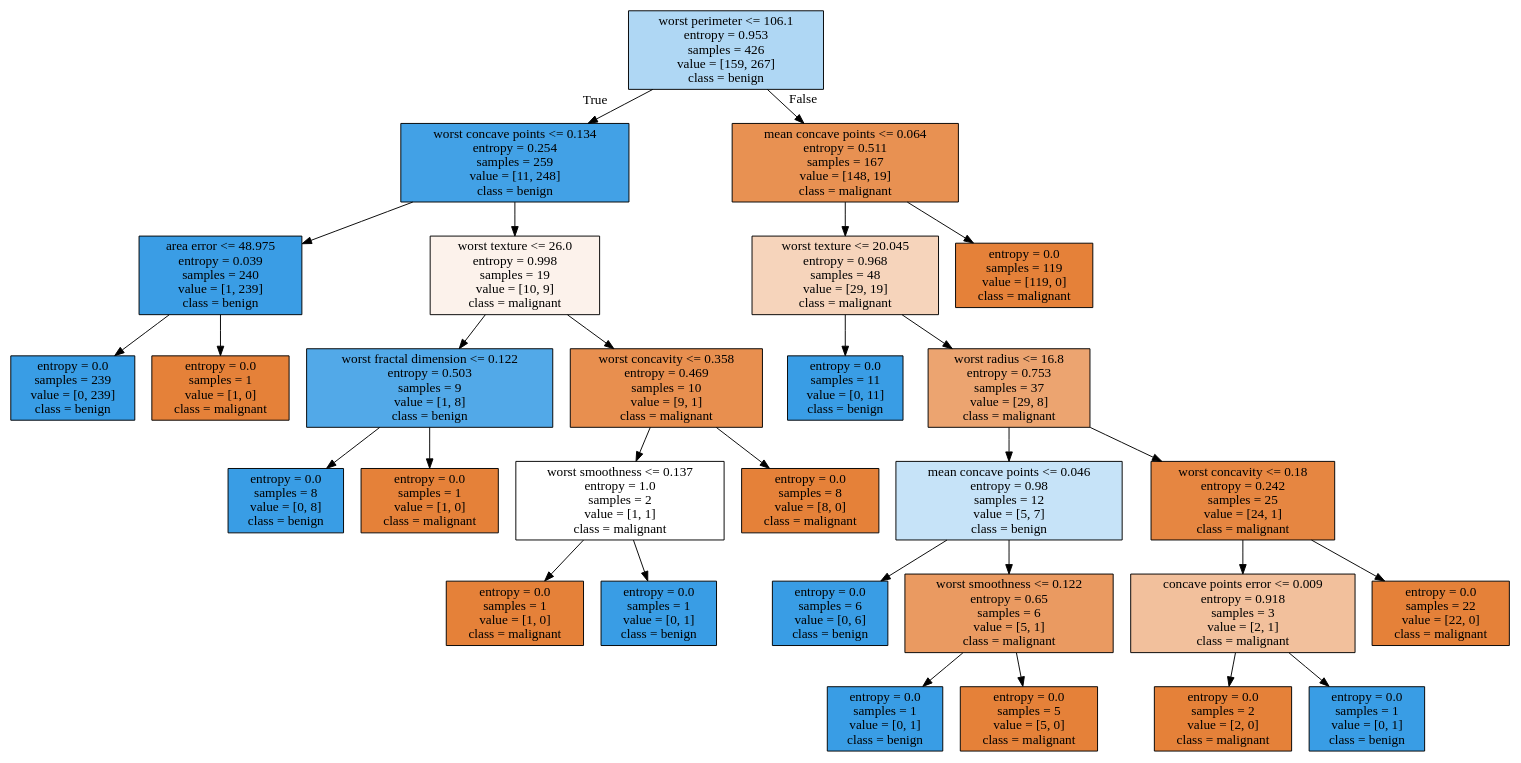
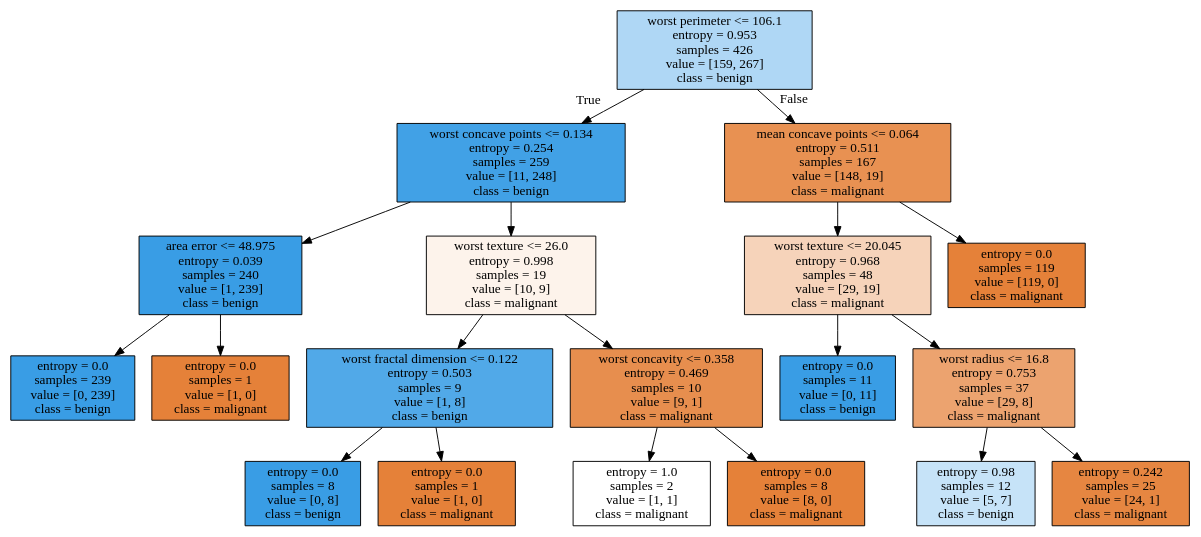
One commit to JiaxianGu/waseda-AI-lecture changed the diagram in lecture5/dtree.dot. Above: the diagram before and after it, drawn with Graphviz. The commit also changed 2 other files, not shown here.

```diff
--- a/lecture5/dtree.dot
+++ b/lecture5/dtree.dot
@@ -1,60 +1,40 @@
 digraph Tree {
 node [shape=box, style="filled", color="black"] ;
-0 [label="worst perimeter <= 106.1\nentropy = 0.953\nsamples = 426\nvalue = [159, 267]\nclass = benign", fillcolor="#afd7f4"] ;
-1 [label="worst concave points <= 0.134\nentropy = 0.254\nsamples = 259\nvalue = [11, 248]\nclass = benign", fillcolor="#42a1e6"] ;
+0 [label="worst perimeter <= 106.1\nentropy = 0.953\nsamples = 426\nvalue = [159, 267]\nclass = benign", fillcolor="#399de567"] ;
+1 [label="worst concave points <= 0.134\nentropy = 0.254\nsamples = 259\nvalue = [11, 248]\nclass = benign", fillcolor="#399de5f4"] ;
 0 -> 1 [labeldistance=2.5, labelangle=45, headlabel="True"] ;
-2 [label="area error <= 48.975\nentropy = 0.039\nsamples = 240\nvalue = [1, 239]\nclass = benign", fillcolor="#3a9de5"] ;
+2 [label="area error <= 48.975\nentropy = 0.039\nsamples = 240\nvalue = [1, 239]\nclass = benign", fillcolor="#399de5fe"] ;
 1 -> 2 ;
-3 [label="entropy = 0.0\nsamples = 239\nvalue = [0, 239]\nclass = benign", fillcolor="#399de5"] ;
+3 [label="entropy = 0.0\nsamples = 239\nvalue = [0, 239]\nclass = benign", fillcolor="#399de5ff"] ;
 2 -> 3 ;
-4 [label="entropy = 0.0\nsamples = 1\nvalue = [1, 0]\nclass = malignant", fillcolor="#e58139"] ;
+4 [label="entropy = 0.0\nsamples = 1\nvalue = [1, 0]\nclass = malignant", fillcolor="#e58139ff"] ;
 2 -> 4 ;
-5 [label="worst texture <= 26.0\nentropy = 0.998\nsamples = 19\nvalue = [10, 9]\nclass = malignant", fillcolor="#fcf2eb"] ;
+5 [label="worst texture <= 26.0\nentropy = 0.998\nsamples = 19\nvalue = [10, 9]\nclass = malignant", fillcolor="#e5813919"] ;
 1 -> 5 ;
-6 [label="worst fractal dimension <= 0.122\nentropy = 0.503\nsamples = 9\nvalue = [1, 8]\nclass = benign", fillcolor="#52a9e8"] ;
+6 [label="worst fractal dimension <= 0.122\nentropy = 0.503\nsamples = 9\nvalue = [1, 8]\nclass = benign", fillcolor="#399de5df"] ;
 5 -> 6 ;
-7 [label="entropy = 0.0\nsamples = 8\nvalue = [0, 8]\nclass = benign", fillcolor="#399de5"] ;
+7 [label="entropy = 0.0\nsamples = 8\nvalue = [0, 8]\nclass = benign", fillcolor="#399de5ff"] ;
 6 -> 7 ;
-8 [label="entropy = 0.0\nsamples = 1\nvalue = [1, 0]\nclass = malignant", fillcolor="#e58139"] ;
+8 [label="entropy = 0.0\nsamples = 1\nvalue = [1, 0]\nclass = malignant", fillcolor="#e58139ff"] ;
 6 -> 8 ;
-9 [label="worst concavity <= 0.358\nentropy = 0.469\nsamples = 10\nvalue = [9, 1]\nclass = malignant", fillcolor="#e88f4f"] ;
+9 [label="worst concavity <= 0.358\nentropy = 0.469\nsamples = 10\nvalue = [9, 1]\nclass = malignant", fillcolor="#e58139e3"] ;
 5 -> 9 ;
-10 [label="worst smoothness <= 0.137\nentropy = 1.0\nsamples = 2\nvalue = [1, 1]\nclass = malignant", fillcolor="#ffffff"] ;
+10 [label="entropy = 1.0\nsamples = 2\nvalue = [1, 1]\nclass = malignant", fillcolor="#e5813900"] ;
 9 -> 10 ;
-11 [label="entropy = 0.0\nsamples = 1\nvalue = [1, 0]\nclass = malignant", fillcolor="#e58139"] ;
-10 -> 11 ;
-12 [label="entropy = 0.0\nsamples = 1\nvalue = [0, 1]\nclass = benign", fillcolor="#399de5"] ;
-10 -> 12 ;
-13 [label="entropy = 0.0\nsamples = 8\nvalue = [8, 0]\nclass = malignant", fillcolor="#e58139"] ;
-9 -> 13 ;
-14 [label="mean concave points <= 0.064\nentropy = 0.511\nsamples = 167\nvalue = [148, 19]\nclass = malignant", fillcolor="#e89152"] ;
-0 -> 14 [labeldistance=2.5, labelangle=-45, headlabel="False"] ;
-15 [label="worst texture <= 20.045\nentropy = 0.968\nsamples = 48\nvalue = [29, 19]\nclass = malignant", fillcolor="#f6d4bb"] ;
-14 -> 15 ;
-16 [label="entropy = 0.0\nsamples = 11\nvalue = [0, 11]\nclass = benign", fillcolor="#399de5"] ;
+11 [label="entropy = 0.0\nsamples = 8\nvalue = [8, 0]\nclass = malignant", fillcolor="#e58139ff"] ;
+9 -> 11 ;
+12 [label="mean concave points <= 0.064\nentropy = 0.511\nsamples = 167\nvalue = [148, 19]\nclass = malignant", fillcolor="#e58139de"] ;
+0 -> 12 [labeldistance=2.5, labelangle=-45, headlabel="False"] ;
+13 [label="worst texture <= 20.045\nentropy = 0.968\nsamples = 48\nvalue = [29, 19]\nclass = malignant", fillcolor="#e5813958"] ;
+12 -> 13 ;
+14 [label="entropy = 0.0\nsamples = 11\nvalue = [0, 11]\nclass = benign", fillcolor="#399de5ff"] ;
+13 -> 14 ;
+15 [label="worst radius <= 16.8\nentropy = 0.753\nsamples = 37\nvalue = [29, 8]\nclass = malignant", fillcolor="#e58139b9"] ;
+13 -> 15 ;
+16 [label="entropy = 0.98\nsamples = 12\nvalue = [5, 7]\nclass = benign", fillcolor="#399de549"] ;
 15 -> 16 ;
-17 [label="worst radius <= 16.8\nentropy = 0.753\nsamples = 37\nvalue = [29, 8]\nclass = malignant", fillcolor="#eca470"] ;
+17 [label="entropy = 0.242\nsamples = 25\nvalue = [24, 1]\nclass = malignant", fillcolor="#e58139f4"] ;
 15 -> 17 ;
-18 [label="mean concave points <= 0.046\nentropy = 0.98\nsamples = 12\nvalue = [5, 7]\nclass = benign", fillcolor="#c6e3f8"] ;
-17 -> 18 ;
-19 [label="entropy = 0.0\nsamples = 6\nvalue = [0, 6]\nclass = benign", fillcolor="#399de5"] ;
-18 -> 19 ;
-20 [label="worst smoothness <= 0.122\nentropy = 0.65\nsamples = 6\nvalue = [5, 1]\nclass = malignant", fillcolor="#ea9a61"] ;
-18 -> 20 ;
-21 [label="entropy = 0.0\nsamples = 1\nvalue = [0, 1]\nclass = benign", fillcolor="#399de5"] ;
-20 -> 21 ;
-22 [label="entropy = 0.0\nsamples = 5\nvalue = [5, 0]\nclass = malignant", fillcolor="#e58139"] ;
-20 -> 22 ;
-23 [label="worst concavity <= 0.18\nentropy = 0.242\nsamples = 25\nvalue = [24, 1]\nclass = malignant", fillcolor="#e68641"] ;
-17 -> 23 ;
-24 [label="concave points error <= 0.009\nentropy = 0.918\nsamples = 3\nvalue = [2, 1]\nclass = malignant", fillcolor="#f2c09c"] ;
-23 -> 24 ;
-25 [label="entropy = 0.0\nsamples = 2\nvalue = [2, 0]\nclass = malignant", fillcolor="#e58139"] ;
-24 -> 25 ;
-26 [label="entropy = 0.0\nsamples = 1\nvalue = [0, 1]\nclass = benign", fillcolor="#399de5"] ;
-24 -> 26 ;
-27 [label="entropy = 0.0\nsamples = 22\nvalue = [22, 0]\nclass = malignant", fillcolor="#e58139"] ;
-23 -> 27 ;
-28 [label="entropy = 0.0\nsamples = 119\nvalue = [119, 0]\nclass = malignant", fillcolor="#e58139"] ;
-14 -> 28 ;
+18 [label="entropy = 0.0\nsamples = 119\nvalue = [119, 0]\nclass = malignant", fillcolor="#e58139ff"] ;
+12 -> 18 ;
 }
```
